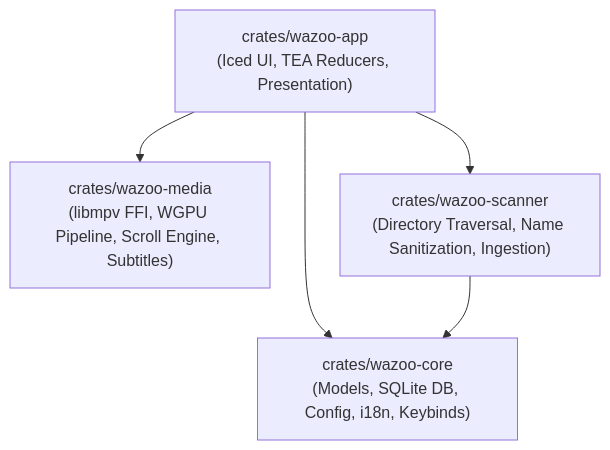
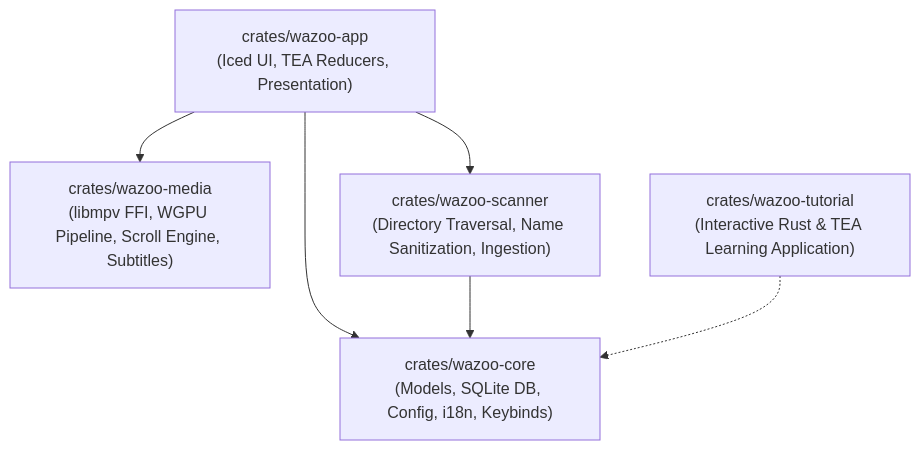
The first of 6 diagrams in docs/README.md (alkali-softworks/wazoo), drawn with Mermaid before and after one commit. The commit also changed other lines of this file and 5 other files, not shown here.

````diff
--- a/docs/README.md
+++ b/docs/README.md
@@ -13,11 +13,13 @@
 ```mermaid
 graph TD
     App["crates/wazoo-app<br/>(Iced UI, TEA Reducers, Presentation)"]
     Core["crates/wazoo-core<br/>(Models, SQLite DB, Config, i18n, Keybinds)"]
     Media["crates/wazoo-media<br/>(libmpv FFI, WGPU Pipeline, Scroll Engine, Subtitles)"]
     Scanner["crates/wazoo-scanner<br/>(Directory Traversal, Name Sanitization, Ingestion)"]
+    Tutorial["crates/wazoo-tutorial<br/>(Interactive Rust & TEA Learning Application)"]
     App --> Core
     App --> Media
     App --> Scanner
     Scanner --> Core
+    Tutorial -.-> Core
 ```
````
